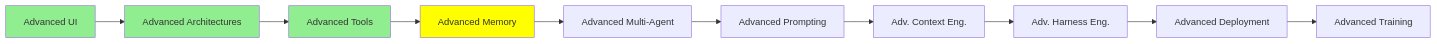
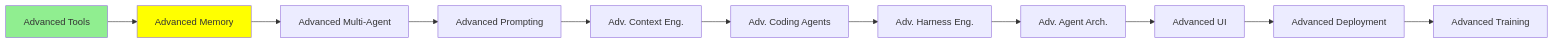
Before and after one commit to lokumai/ai-engineering-bazaar: the diagram in mini-courses/3_expert/advanced_memory.md, drawn with Mermaid. The commit also changed 99 other files, not shown here.

````diff
--- a/mini-courses/3_expert/advanced_memory.md
+++ b/mini-courses/3_expert/advanced_memory.md
@@ -17,16 +17,15 @@
 ```mermaid
 graph LR
-    A[Advanced UI] --> B[Advanced Architectures]
-    B --> C[Advanced Tools]
-    C --> D[Advanced Memory]
-    D --> E[Advanced Multi-Agent]
-    E --> F[Advanced Prompting]
-    F --> G[Adv. Context Eng.]
-    G --> H[Adv. Harness Eng.]
-    H --> I[Advanced Deployment]
-    I --> J[Advanced Training]
+    A[Advanced Tools] --> B[Advanced Memory]
+    B --> C[Advanced Multi-Agent]
+    C --> D[Advanced Prompting]
+    D --> E[Adv. Context Eng.]
+    E --> F[Adv. Coding Agents]
+    F --> G[Adv. Harness Eng.]
+    G --> H[Adv. Agent Arch.]
+    H --> I[Advanced UI]
+    I --> J[Advanced Deployment]
+    J --> K[Advanced Training]
     style A fill:#90EE90
-    style B fill:#90EE90
-    style C fill:#90EE90
-    style D fill:#FFFF00
+    style B fill:#FFFF00
 ```
````
